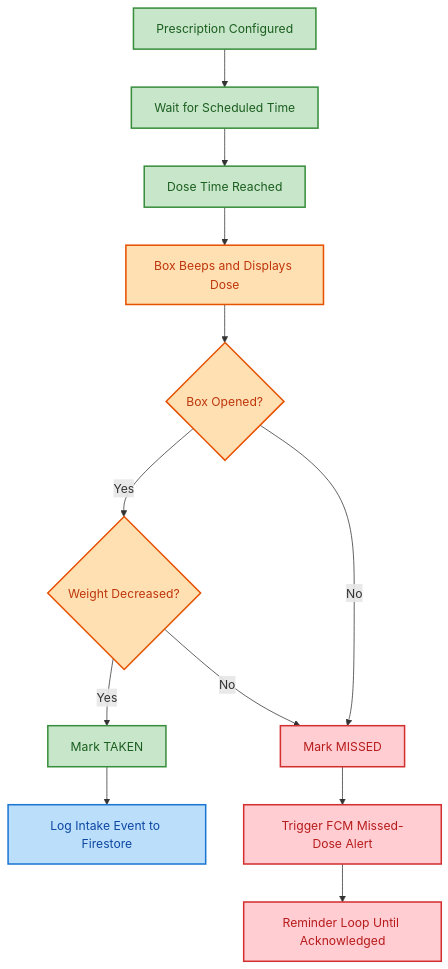
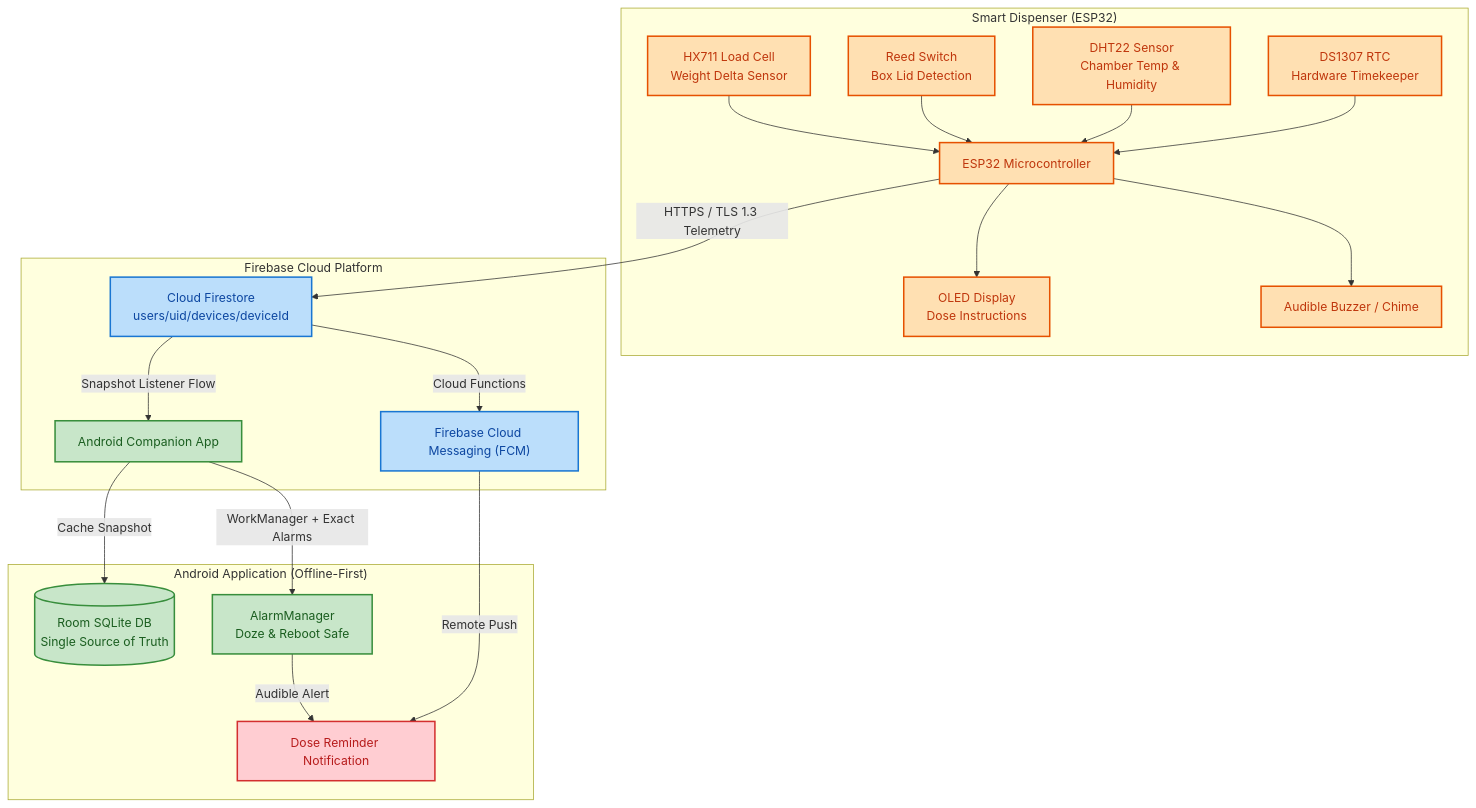
Before and after one commit to AdityaSurse/Smart-Medicine-Box-EIMS-Project-: the second of 5 diagrams in README.md, drawn with Mermaid. The commit also changed other lines of this file and 8 other files, not shown here.

````diff
--- a/README.md
+++ b/README.md
@@ -43,24 +61,34 @@
 ```mermaid
 flowchart TD
     classDef device fill:#FFE0B2,stroke:#E65100,stroke-width:2px,color:#BF360C;
     classDef cloud fill:#BBDEFB,stroke:#1976D2,stroke-width:2px,color:#0D47A1;
     classDef app fill:#C8E6C9,stroke:#388E3C,stroke-width:2px,color:#1B5E20;
     classDef alert fill:#FFCDD2,stroke:#D32F2F,stroke-width:2px,color:#B71C1C;
 
-    P["Prescription Configured"] --> WAIT["Wait for Scheduled Time"]
-    WAIT --> TIME["Dose Time Reached"]
-    TIME --> ALERT_DEV["Box Beeps and Displays Dose"]
-    ALERT_DEV --> OPEN{"Box Opened?"}
-    OPEN -- "Yes" --> WEIGHT{"Weight Decreased?"}
-    OPEN -- "No" --> MISSED["Mark MISSED"]
-    WEIGHT -- "Yes" --> TAKEN["Mark TAKEN"]
-    WEIGHT -- "No" --> MISSED
-    TAKEN --> LOG["Log Intake Event to Firestore"]
-    MISSED --> PUSH["Trigger FCM Missed-Dose Alert"]
-    PUSH --> LOOP["Reminder Loop Until Acknowledged"]
+    subgraph Hardware ["Smart Dispenser (ESP32)"]
+        S1["HX711 Load Cell<br/>Weight Delta Sensor"] --> ESP["ESP32 Microcontroller"]
+        S2["Reed Switch<br/>Box Lid Detection"] --> ESP
+        S3["DHT22 Sensor<br/>Chamber Temp & Humidity"] --> ESP
+        S4["DS1307 RTC<br/>Hardware Timekeeper"] --> ESP
+        ESP --> ACT1["OLED Display<br/>Dose Instructions"]
+        ESP --> ACT2["Audible Buzzer / Chime"]
+    end
 
-    class ALERT_DEV,OPEN,WEIGHT device;
-    class LOG cloud;
-    class P,WAIT,TIME,TAKEN app;
-    class MISSED,PUSH,LOOP alert;
+    subgraph Cloud ["Firebase Cloud Platform"]
+        ESP -->|"HTTPS / TLS 1.3 Telemetry"| FS["Cloud Firestore<br/>users/uid/devices/deviceId"]
+        FS -->|"Snapshot Listener Flow"| APP["Android Companion App"]
+        FS -->|"Cloud Functions"| FCM["Firebase Cloud Messaging (FCM)"]
+    end
+
+    subgraph Mobile ["Android Application (Offline-First)"]
+        APP -->|"Cache Snapshot"| ROOM[("Room SQLite DB<br/>Single Source of Truth")]
+        APP -->|"WorkManager + Exact Alarms"| ALARM["AlarmManager<br/>Doze & Reboot Safe"]
+        ALARM -->|"Audible Alert"| NOTIF["Dose Reminder Notification"]
+        FCM -->|"Remote Push"| NOTIF
+    end
+
+    class S1,S2,S3,S4,ESP,ACT1,ACT2 device;
+    class FS,FCM cloud;
+    class APP,ROOM,ALARM app;
+    class NOTIF alert;
 ```
````
